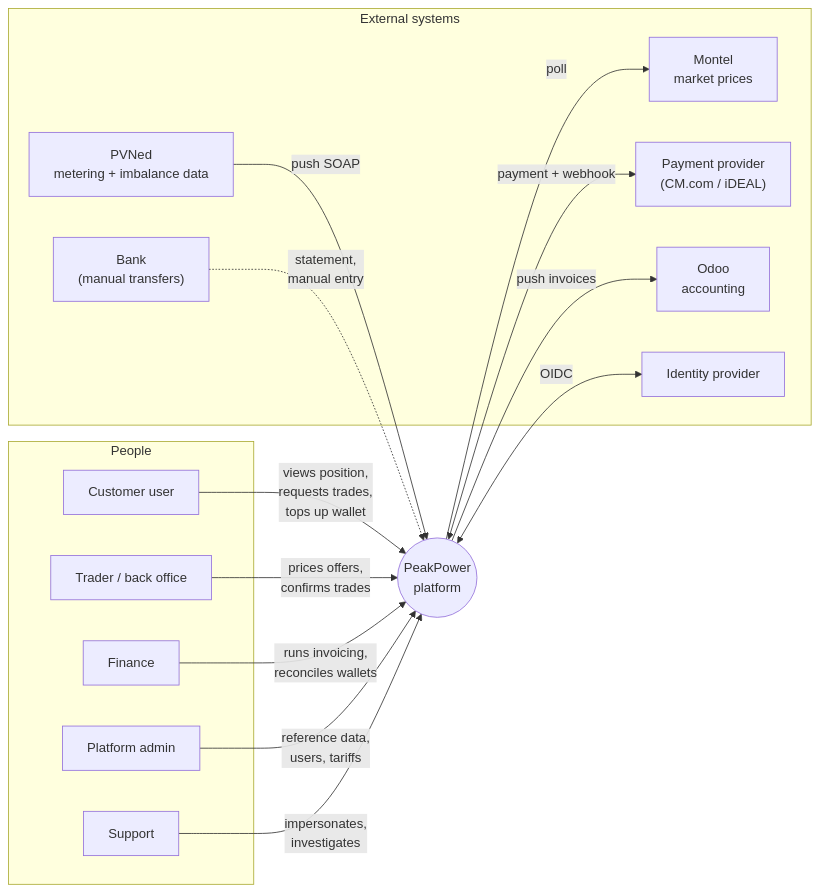
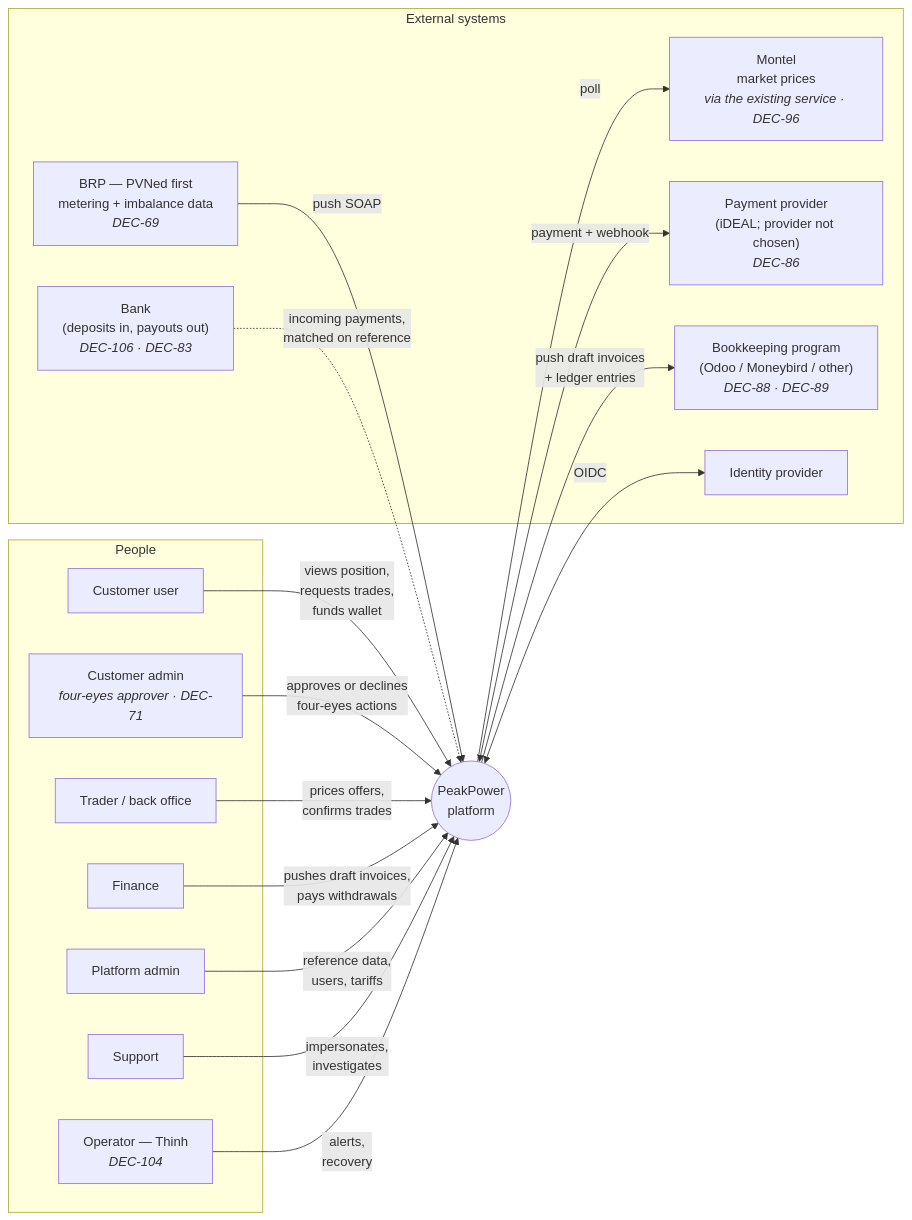
Before and after one commit to lukastosic-ifd/peakpowerspecs: the first of 2 diagrams in specs/00-overview/03-actors-and-roles.md, drawn with Mermaid. The commit also changed other lines of this file and 66 other files, not shown here.

````diff
--- a/specs/00-overview/03-actors-and-roles.md
+++ b/specs/00-overview/03-actors-and-roles.md
@@ -5,34 +5,38 @@
 ```mermaid
 flowchart LR
     subgraph external["External systems"]
-        PVNED["PVNed<br/>metering + imbalance data"]
-        MONTEL["Montel<br/>market prices"]
-        PSP["Payment provider<br/>(CM.com / iDEAL)"]
-        ODOO["Odoo<br/>accounting"]
+        PVNED["BRP — PVNed first<br/>metering + imbalance data<br/><i>DEC-69</i>"]
+        MONTEL["Montel<br/>market prices<br/><i>via the existing service · DEC-96</i>"]
+        PSP["Payment provider<br/>(iDEAL; provider not chosen)<br/><i>DEC-86</i>"]
+        ODOO["Bookkeeping program<br/>(Odoo / Moneybird / other)<br/><i>DEC-88 · DEC-89</i>"]
         IDP["Identity provider"]
-        BANK["Bank<br/>(manual transfers)"]
+        BANK["Bank<br/>(deposits in, payouts out)<br/><i>DEC-106 · DEC-83</i>"]
     end
 
     subgraph humans["People"]
         CU["Customer user"]
+        CA["Customer admin<br/><i>four-eyes approver · DEC-71</i>"]
         TR["Trader / back office"]
         FIN["Finance"]
         ADM["Platform admin"]
         SUP["Support"]
+        OPS["Operator — Thinh<br/><i>DEC-104</i>"]
     end
 
     PP(("PeakPower<br/>platform"))
 
-    CU -->|"views position,<br/>requests trades,<br/>tops up wallet"| PP
+    CU -->|"views position,<br/>requests trades,<br/>funds wallet"| PP
+    CA -->|"approves or declines<br/>four-eyes actions"| PP
     TR -->|"prices offers,<br/>confirms trades"| PP
-    FIN -->|"runs invoicing,<br/>reconciles wallets"| PP
+    FIN -->|"pushes draft invoices,<br/>pays withdrawals"| PP
     ADM -->|"reference data,<br/>users, tariffs"| PP
     SUP -->|"impersonates,<br/>investigates"| PP
+    OPS -->|"alerts,<br/>recovery"| PP
 
     PVNED -->|"push SOAP"| PP
     PP -->|"poll"| MONTEL
     PP <-->|"payment + webhook"| PSP
-    PP -->|"push invoices"| ODOO
+    PP -->|"push draft invoices<br/>+ ledger entries"| ODOO
     PP <-->|"OIDC"| IDP
-    BANK -.->|"statement,<br/>manual entry"| PP
+    BANK -.->|"incoming payments,<br/>matched on reference"| PP
 ```
````
